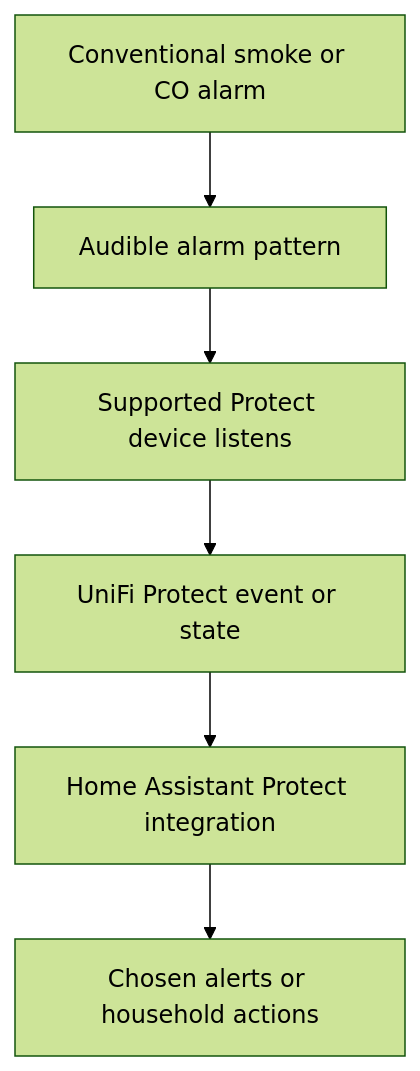
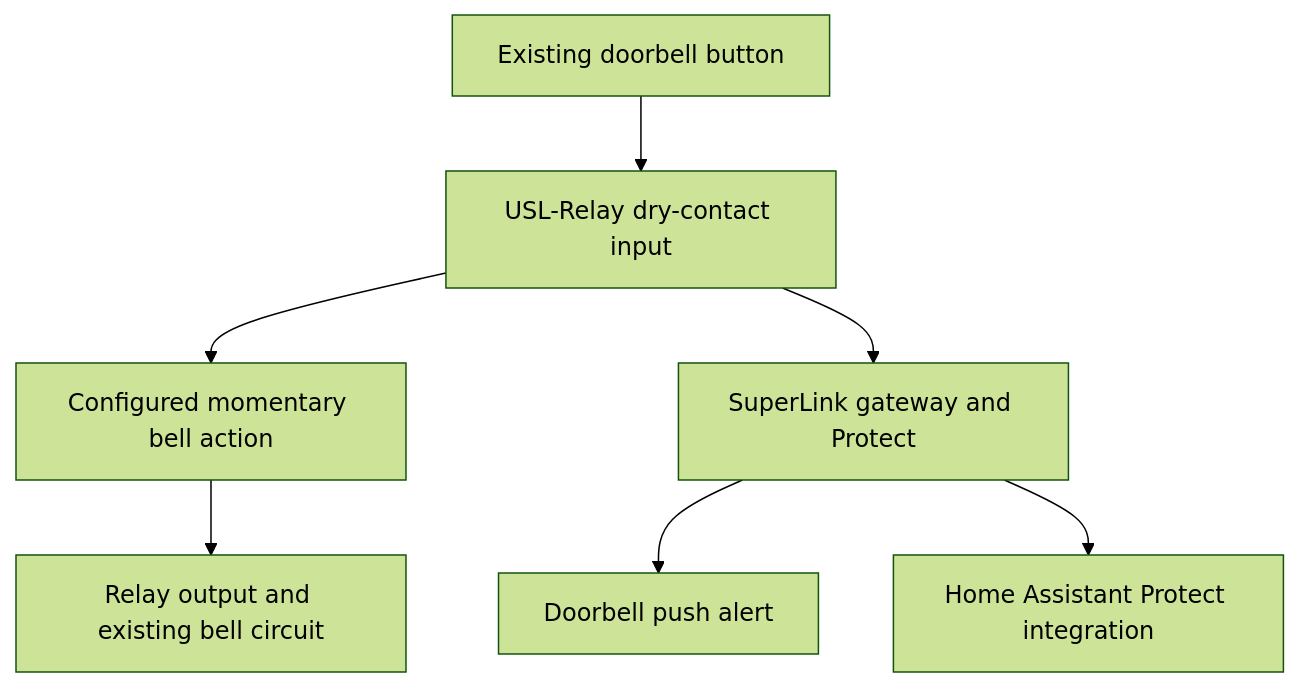
One commit to rncole/home-tech-guide changed the second of 2 diagrams in docs/05-network-and-server.md. Above: the diagram before and after it, drawn with Mermaid (forest theme). The commit also changed other lines of this file, not shown here.

Commit message:
Clarify smoke detector versus alarm listening and add SuperLink doorbell relay

````diff
--- a/docs/05-network-and-server.md
+++ b/docs/05-network-and-server.md
@@ -168,8 +200,9 @@
 ```mermaid
 flowchart TD
-  Detector["Conventional smoke or CO alarm"] --> Sound["Audible alarm pattern"]
-  Sound --> Listener["Supported Protect device listens"]
-  Listener --> Protect["UniFi Protect event or state"]
-  Protect --> HA["Home Assistant Protect integration"]
-  HA --> Rules["Chosen alerts or household actions"]
+  Button["Existing doorbell button"] --> Input["USL-Relay dry-contact input"]
+  Input --> Action["Configured momentary bell action"]
+  Action --> Output["Relay output and existing bell circuit"]
+  Input --> Link["SuperLink gateway and Protect"]
+  Link --> Push["Doorbell push alert"]
+  Link --> HA["Home Assistant Protect integration"]
 ```
````
